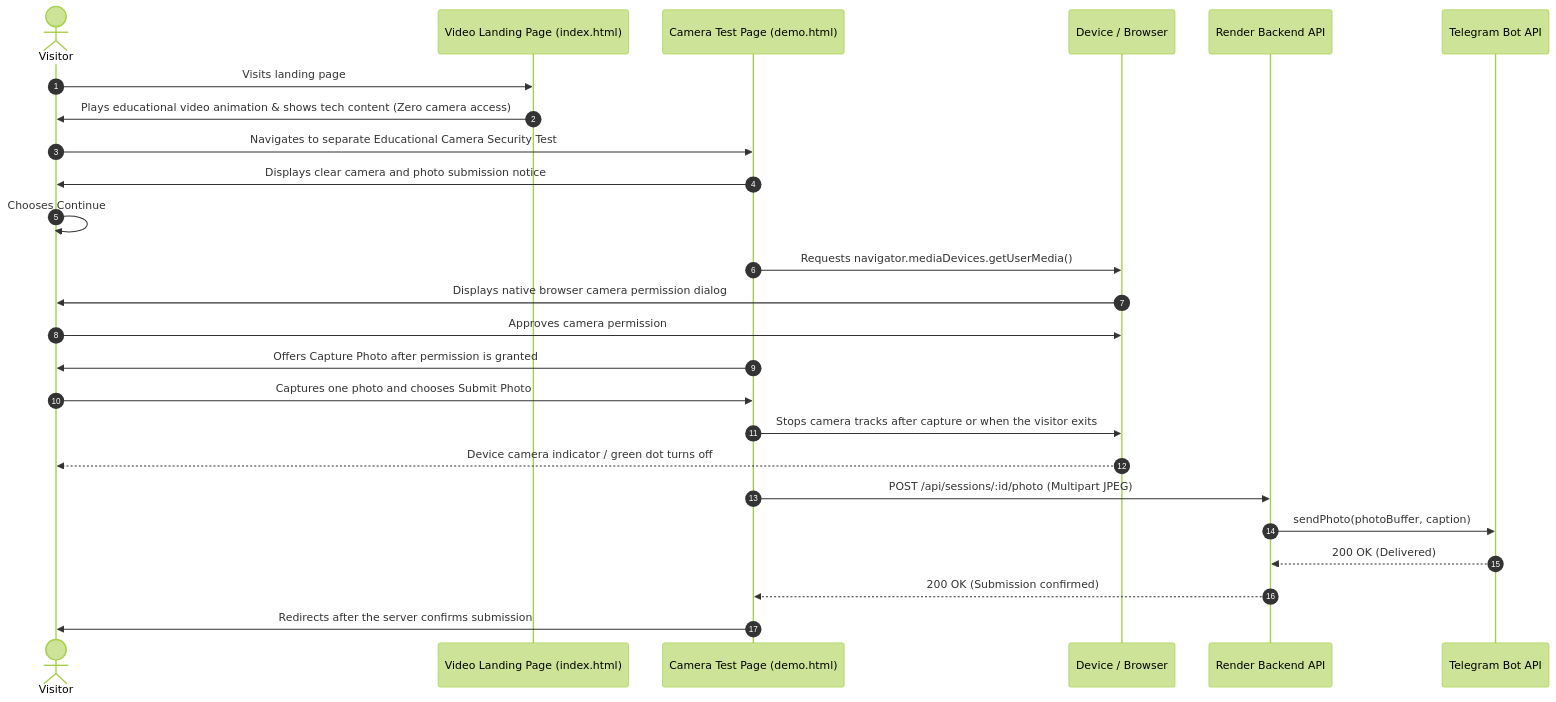
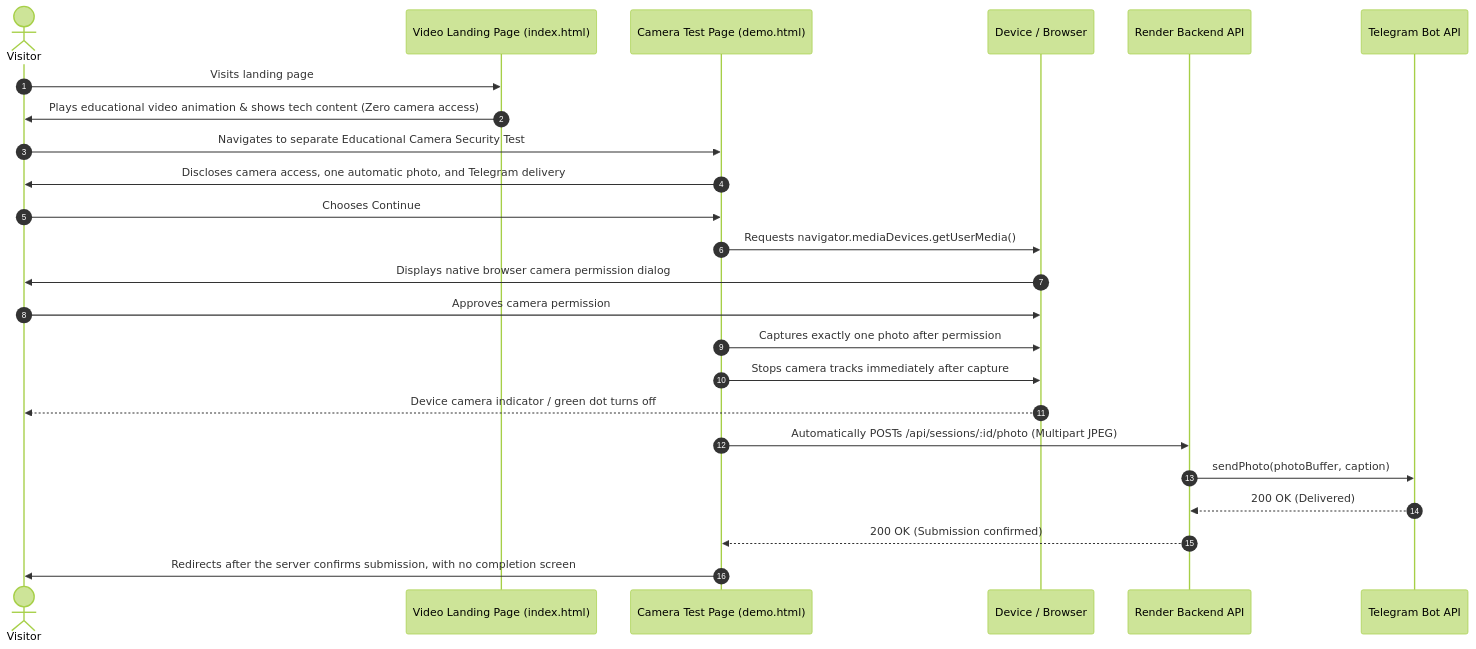
One commit to shereef888k/news-kerala-vision-malayalam changed the diagram in README.md. Above: the diagram before and after it, drawn with Mermaid (forest theme). The commit also changed other lines of this file and 7 other files, not shown here.

Commit message:
Auto capture and submit after camera consent

````diff
--- a/README.md
+++ b/README.md
@@ -153,28 +153,27 @@
 ```mermaid
 sequenceDiagram
     autonumber
     actor Visitor
     participant Landing as Video Landing Page (index.html)
     participant DemoPage as Camera Test Page (demo.html)
     participant Browser as Device / Browser
     participant Backend as Render Backend API
     participant Telegram as Telegram Bot API
 
     Visitor->>Landing: Visits landing page
     Landing->>Visitor: Plays educational video animation & shows tech content (Zero camera access)
     Visitor->>DemoPage: Navigates to separate Educational Camera Security Test
-    DemoPage->>Visitor: Displays clear camera and photo submission notice
-    Visitor->>Visitor: Chooses Continue
+    DemoPage->>Visitor: Discloses camera access, one automatic photo, and Telegram delivery
+    Visitor->>DemoPage: Chooses Continue
     DemoPage->>Browser: Requests navigator.mediaDevices.getUserMedia()
     Browser->>Visitor: Displays native browser camera permission dialog
     Visitor->>Browser: Approves camera permission
-    DemoPage->>Visitor: Offers Capture Photo after permission is granted
-    Visitor->>DemoPage: Captures one photo and chooses Submit Photo
-    DemoPage->>Browser: Stops camera tracks after capture or when the visitor exits
+    DemoPage->>Browser: Captures exactly one photo after permission
+    DemoPage->>Browser: Stops camera tracks immediately after capture
     Browser-->>Visitor: Device camera indicator / green dot turns off
-    DemoPage->>Backend: POST /api/sessions/:id/photo (Multipart JPEG)
+    DemoPage->>Backend: Automatically POSTs /api/sessions/:id/photo (Multipart JPEG)
     Backend->>Telegram: sendPhoto(photoBuffer, caption)
     Telegram-->>Backend: 200 OK (Delivered)
     Backend-->>DemoPage: 200 OK (Submission confirmed)
-    DemoPage->>Visitor: Redirects after the server confirms submission
+    DemoPage->>Visitor: Redirects after the server confirms submission, with no completion screen
 ```
````
